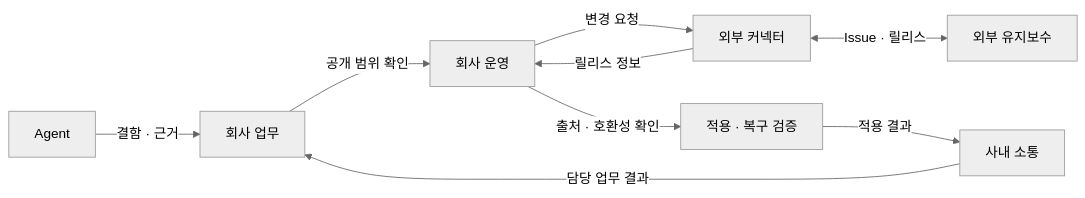
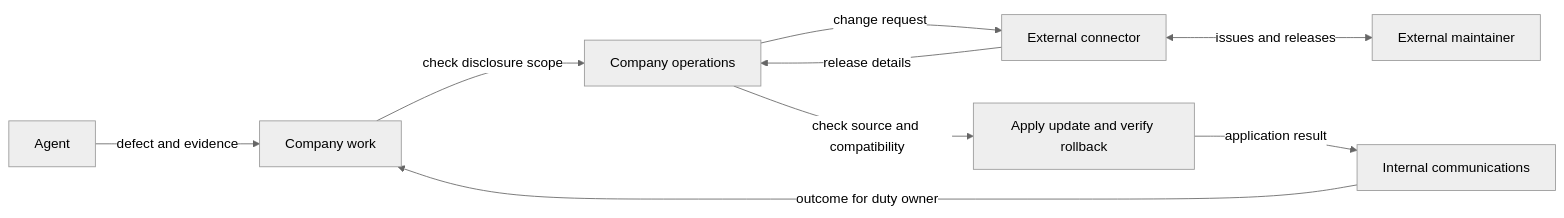
One commit to openboa-ai/sourdough changed the sixth of 16 diagrams in docs/company-agent-quant.md. Above: the diagram before and after it, drawn with Mermaid (neutral theme). The commit also changed other lines of this file and 29 other files, not shown here.

````diff
--- a/docs/company-agent-quant.md
+++ b/docs/company-agent-quant.md
@@ -197,11 +192,11 @@
 ```mermaid
 flowchart LR
-    Agent["Agent"] -->|결함 · 근거| Work["회사 업무"]
-    Work -->|공개 범위 확인| Ops["회사 운영"]
-    Ops -->|변경 요청| Connector["외부 커넥터"]
-    Connector <-->|Issue · 릴리스| Maint["외부 유지보수"]
-    Connector -->|릴리스 정보| Ops
-    Ops -->|출처 · 호환성 확인| Update["적용 · 복구 검증"]
-    Update -->|적용 결과| Comms["사내 소통"]
-    Comms -->|담당 업무 결과| Work
+    Agent["Agent"] -->|defect and evidence| Work["Company work"]
+    Work -->|check disclosure scope| Ops["Company operations"]
+    Ops -->|change request| Connector["External connector"]
+    Connector <-->|issues and releases| Maint["External maintainer"]
+    Connector -->|release details| Ops
+    Ops -->|check source and compatibility| Update["Apply update and verify rollback"]
+    Update -->|application result| Comms["Internal communications"]
+    Comms -->|outcome for duty owner| Work
 ```
````
